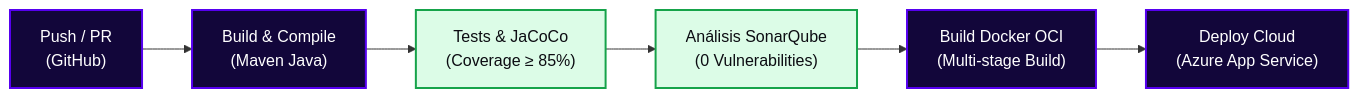
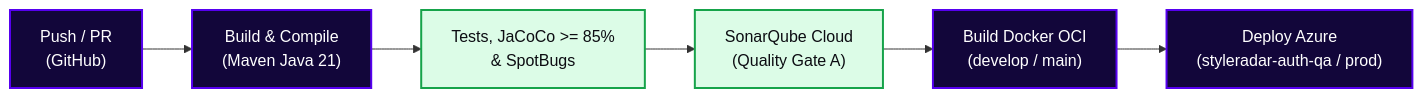
Before and after one commit to StyleRadar1/CADCHE-Authentication-Service: the second of 2 diagrams in README.md, drawn with Mermaid. The commit also changed other lines of this file, not shown here.

Commit message:
docs(readme): update QA/PROD URLs, DB matrix, Swagger, RabbitMQ events and run guide

````diff
--- a/README.md
+++ b/README.md
@@ -802,14 +756,14 @@
 ```mermaid
 flowchart LR
-    A["Push / PR<br>(GitHub)"] --> B["Build & Compile<br>(Maven Java)"]
-    B --> C["Tests & JaCoCo<br>(Coverage ≥ 85%)"]
-    C --> D["Análisis SonarQube<br>(0 Vulnerabilities)"]
-    D --> E["Build Docker OCI<br>(Multi-stage Build)"]
-    E --> F["Deploy Cloud<br>(Azure App Service)"]
+    A["Push / PR<br>(GitHub)"] --> B["Build & Compile<br>(Maven Java 21)"]
+    B --> C["Tests, JaCoCo >= 85%<br>& SpotBugs"]
+    C --> D["SonarQube Cloud<br>(Quality Gate A)"]
+    D --> E["Build Docker OCI<br>(develop / main)"]
+    E --> F["Deploy Azure<br>(styleradar-auth-qa / prod)"]
 
     classDef step fill:#12063A,stroke:#5600EF,stroke-width:2px,color:#FFFFFF;
     classDef pass fill:#DCFCE7,stroke:#16A34A,stroke-width:2px,color:#0C0C12;
 
     class A,B,E,F step;
     class C,D pass;
 ```
````
